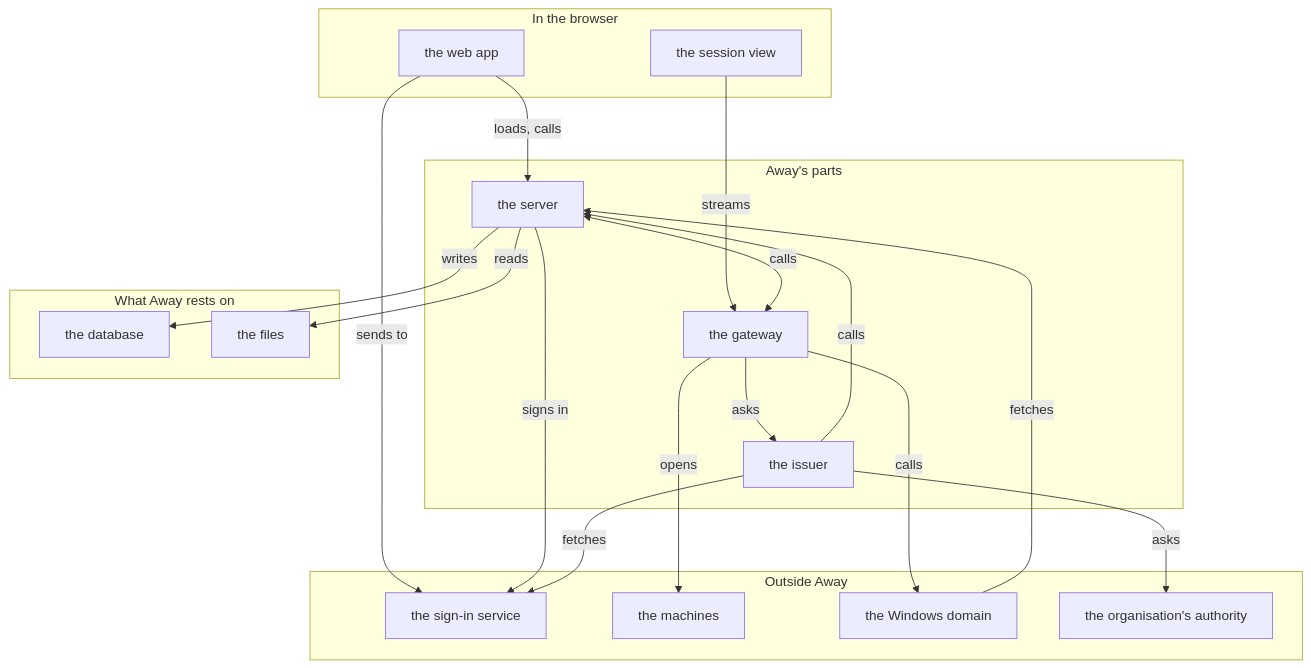
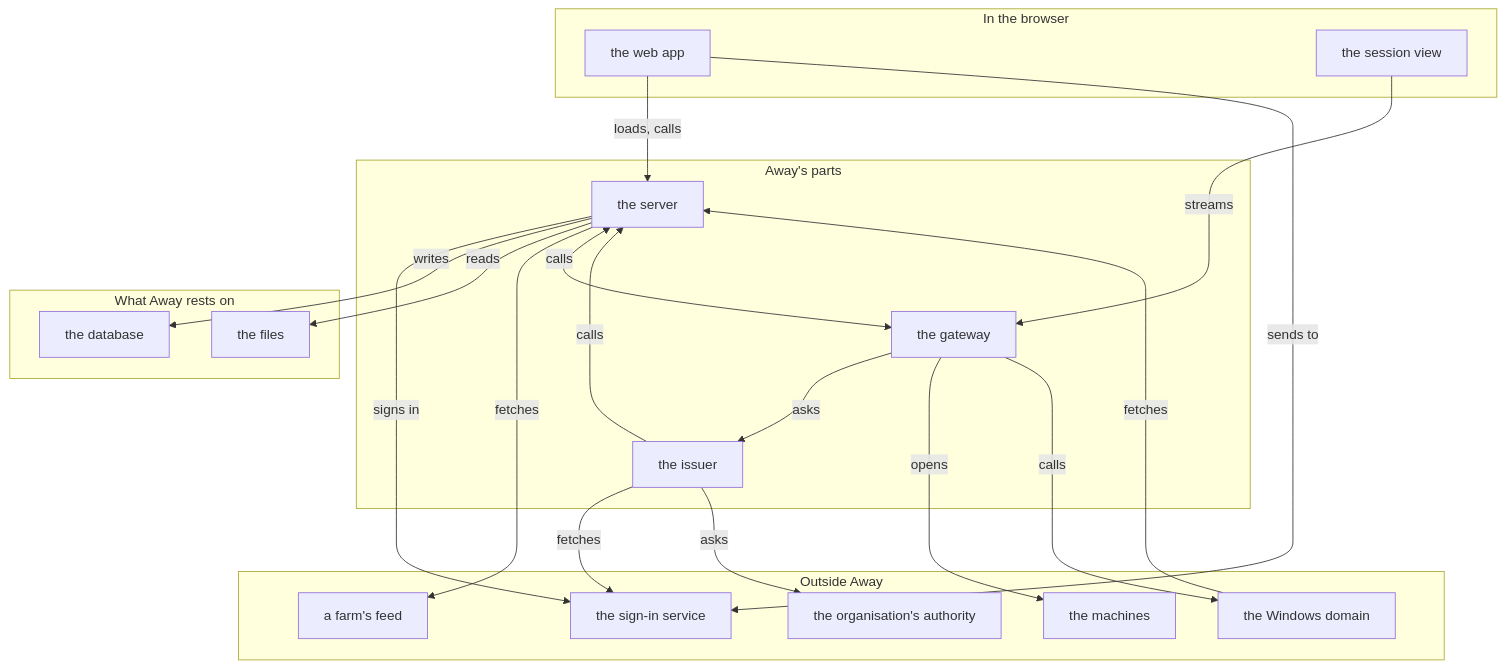
One commit to nalet/away changed the first of 2 diagrams in spec/architecture/README.md. Above: the diagram before and after it, drawn with Mermaid. The commit also changed other lines of this file and 73 other files, not shown here.

First line of the commit message:
A farm says itself what it publishes: the server asks its feed, and a new program shows without a change to the files

````diff
--- a/spec/architecture/README.md
+++ b/spec/architecture/README.md
@@ -18,36 +18,38 @@
 ```mermaid
 flowchart TB
   subgraph l_browser["In the browser"]
     c_web["the web app"]
     c_session_view["the session view"]
   end
   subgraph l_parts["Away's parts"]
     c_server["the server"]
     c_gateway["the gateway"]
     c_issuer["the issuer"]
   end
   subgraph l_rests["What Away rests on"]
     c_database["the database"]
     c_files["the files"]
   end
   subgraph l_outside["Outside Away"]
     c_sign_in_service["the sign-in service"]
     c_machines["the machines"]
+    c_farm_feed["a farm's feed"]
     c_domain["the Windows domain"]
     c_authority["the organisation's authority"]
   end
   c_web -- "loads, calls" --> c_server
   c_web -- "sends to" --> c_sign_in_service
   c_session_view -- "streams" --> c_gateway
   c_server -- "signs in" --> c_sign_in_service
   c_server -- "writes" --> c_database
   c_server -- "reads" --> c_files
+  c_server -- "fetches" --> c_farm_feed
   c_gateway -- "asks" --> c_issuer
   c_gateway -- "opens" --> c_machines
   c_gateway -- "calls" --> c_domain
   c_issuer -- "fetches" --> c_sign_in_service
   c_issuer -- "asks" --> c_authority
   c_issuer -- "calls" --> c_server
   c_domain -- "fetches" --> c_server
   c_server <-- "calls" --> c_gateway
 ```
````
